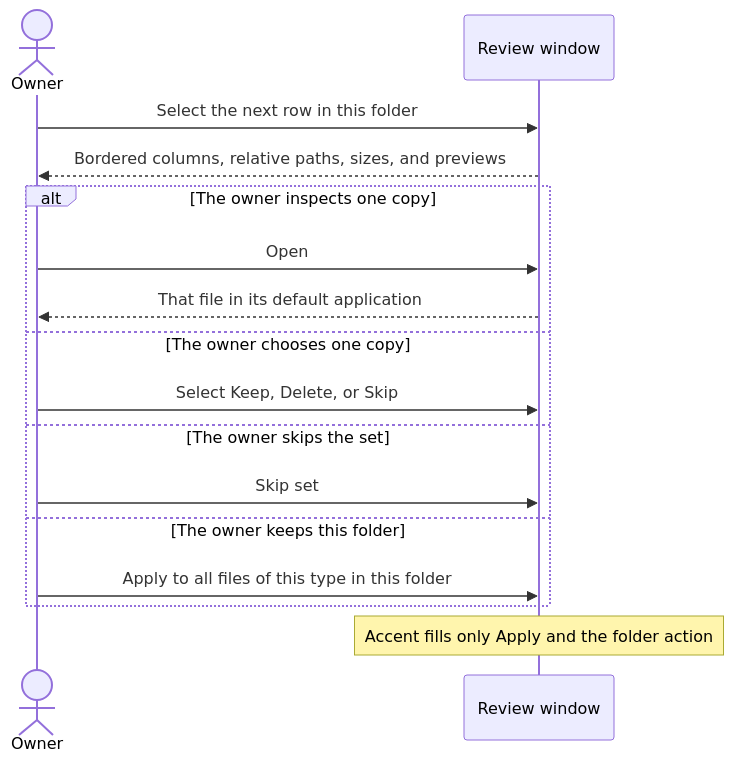
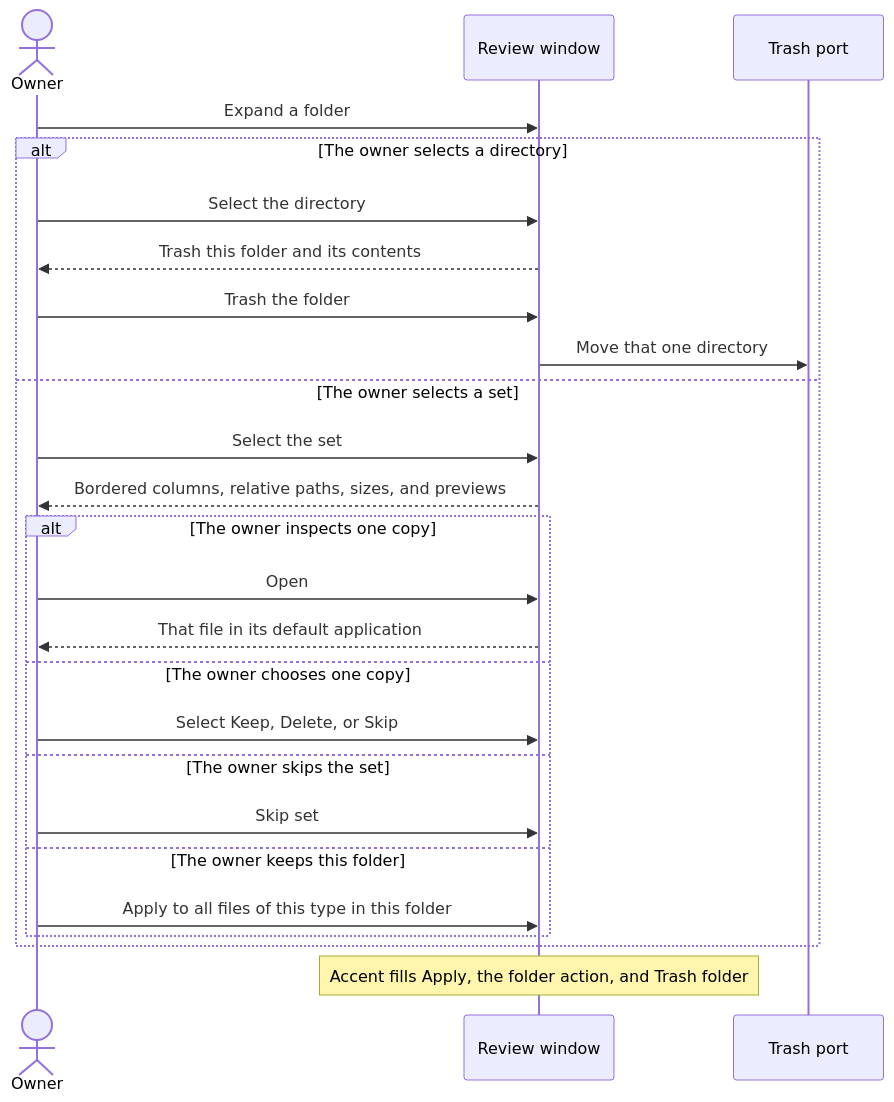
One commit to cionz0/hdsort changed the fourth of 9 diagrams in docs/architecture.md. Above: the diagram before and after it, drawn with Mermaid. The commit also changed other lines of this file and 11 other files, not shown here.

Commit message:
Let the owner open folders in the outline and trash a selected folder with its contents.

````diff
--- a/docs/architecture.md
+++ b/docs/architecture.md
@@ -93,18 +93,27 @@
 ```mermaid
 sequenceDiagram
   actor Owner
   participant Window as Review window
-  Owner->>Window: Select the next row in this folder
-  Window-->>Owner: Bordered columns, relative paths, sizes, and previews
-  alt The owner inspects one copy
-    Owner->>Window: Open
-    Window-->>Owner: That file in its default application
-  else The owner chooses one copy
-    Owner->>Window: Select Keep, Delete, or Skip
-  else The owner skips the set
-    Owner->>Window: Skip set
-  else The owner keeps this folder
-    Owner->>Window: Apply to all files of this type in this folder
+  participant Trash as Trash port
+  Owner->>Window: Expand a folder
+  alt The owner selects a directory
+    Owner->>Window: Select the directory
+    Window-->>Owner: Trash this folder and its contents
+    Owner->>Window: Trash the folder
+    Window->>Trash: Move that one directory
+  else The owner selects a set
+    Owner->>Window: Select the set
+    Window-->>Owner: Bordered columns, relative paths, sizes, and previews
+    alt The owner inspects one copy
+      Owner->>Window: Open
+      Window-->>Owner: That file in its default application
+    else The owner chooses one copy
+      Owner->>Window: Select Keep, Delete, or Skip
+    else The owner skips the set
+      Owner->>Window: Skip set
+    else The owner keeps this folder
+      Owner->>Window: Apply to all files of this type in this folder
+    end
   end
-  Note over Window: Accent fills only Apply and the folder action
+  Note over Window: Accent fills Apply, the folder action, and Trash folder
 ```
````
